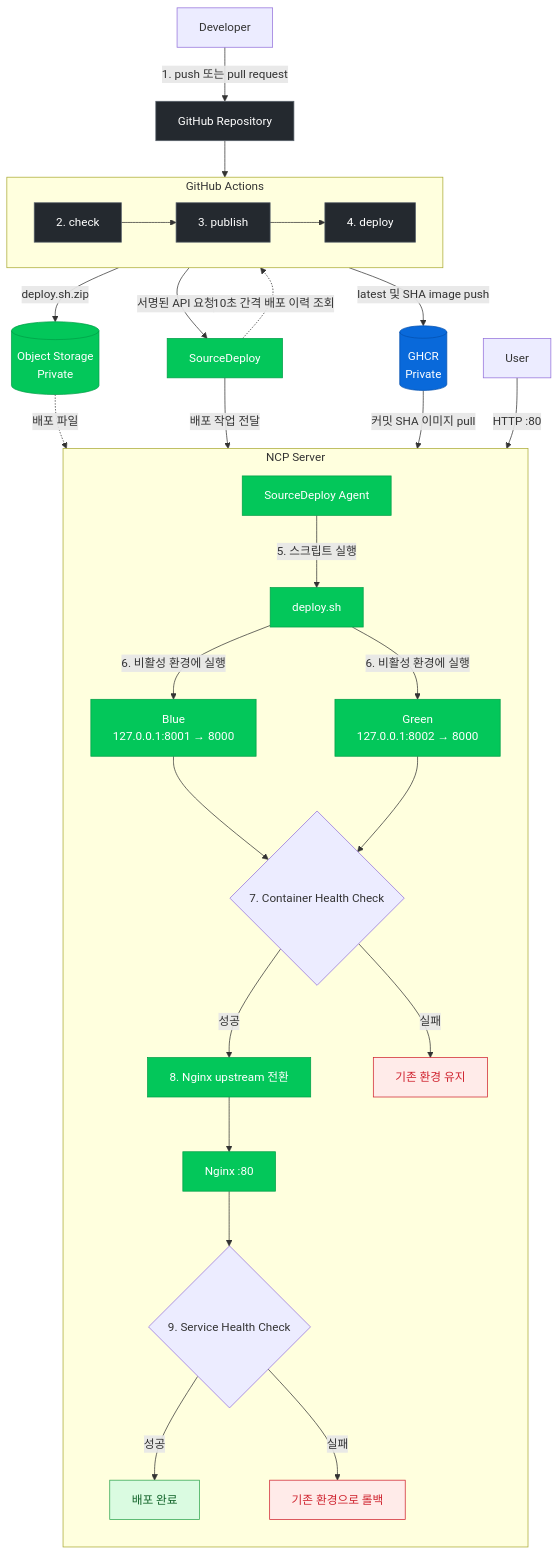
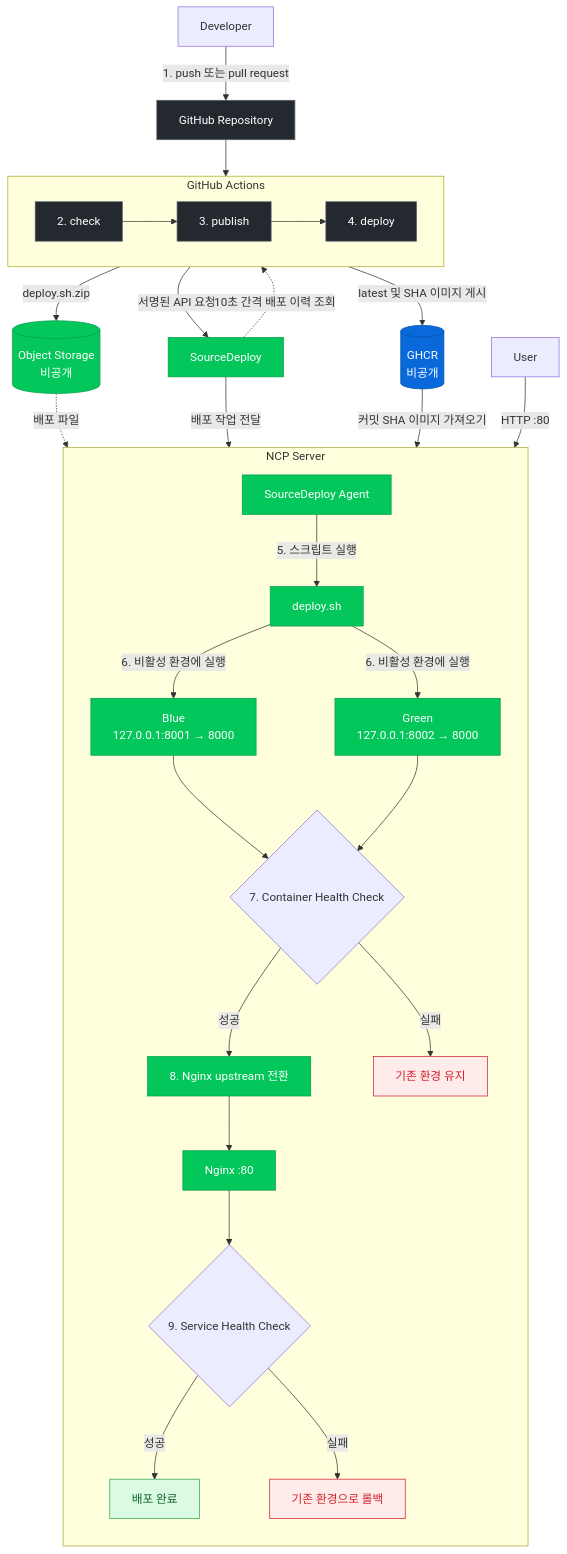
One commit to yoondv/ncp-lab changed the first of 2 diagrams in README.md. Above: the diagram before and after it, drawn with Mermaid. The commit also changed other lines of this file and 4 other files, not shown here.

````diff
--- a/README.md
+++ b/README.md
@@ -60,50 +60,50 @@
 ```mermaid
 flowchart TB
     DEV[Developer] -->|1. push 또는 pull request| REPO[GitHub Repository]
 
     subgraph GHA[GitHub Actions]
         direction LR
         CHECK["2. check"]
         PUBLISH["3. publish"]
         DEPLOY["4. deploy"]
         CHECK --> PUBLISH --> DEPLOY
     end
 
     REPO --> CHECK
-    PUBLISH -->|latest 및 SHA image push| GHCR[(GHCR<br/>Private)]
-    DEPLOY -->|deploy.sh.zip| STORAGE[(Object Storage<br/>Private)]
+    PUBLISH -->|latest 및 SHA 이미지 게시| GHCR[(GHCR<br/>비공개)]
+    DEPLOY -->|deploy.sh.zip| STORAGE[(Object Storage<br/>비공개)]
     DEPLOY -->|서명된 API 요청| SD[SourceDeploy]
     SD -.->|10초 간격 배포 이력 조회| DEPLOY
 
     subgraph NCP[NCP Server]
         direction TB
         AGENT[SourceDeploy Agent] -->|5. 스크립트 실행| SCRIPT[deploy.sh]
         SCRIPT -->|6. 비활성 환경에 실행| BLUE["Blue<br/>127.0.0.1:8001 → 8000"]
         SCRIPT -->|6. 비활성 환경에 실행| GREEN["Green<br/>127.0.0.1:8002 → 8000"]
         BLUE --> HEALTH{7. Container Health Check}
         GREEN --> HEALTH
         HEALTH -->|성공| SWITCH[8. Nginx upstream 전환]
         HEALTH -->|실패| KEEP[기존 환경 유지]
         SWITCH --> NGINX[Nginx :80]
         NGINX --> FINAL{9. Service Health Check}
         FINAL -->|성공| COMPLETE["배포 완료"]
         FINAL -->|실패| ROLLBACK[기존 환경으로 롤백]
     end
 
     STORAGE -. 배포 파일 .-> AGENT
     SD -->|배포 작업 전달| AGENT
-    GHCR -->|커밋 SHA 이미지 pull| SCRIPT
+    GHCR -->|커밋 SHA 이미지 가져오기| SCRIPT
     USER[User] -->|HTTP :80| NGINX
 
     classDef github fill:#24292f,color:#ffffff,stroke:#57606a;
     classDef registry fill:#0969da,color:#ffffff,stroke:#0550ae;
     classDef ncp fill:#03c75a,color:#ffffff,stroke:#009f47;
     classDef success fill:#dafbe1,color:#116329,stroke:#2da44e;
     classDef failure fill:#ffebe9,color:#cf222e,stroke:#cf222e;
 
     class REPO,CHECK,PUBLISH,DEPLOY github;
     class GHCR registry;
     class SD,STORAGE,AGENT,SCRIPT,BLUE,GREEN,SWITCH,NGINX ncp;
     class COMPLETE success;
     class KEEP,ROLLBACK failure;
 ```
````
